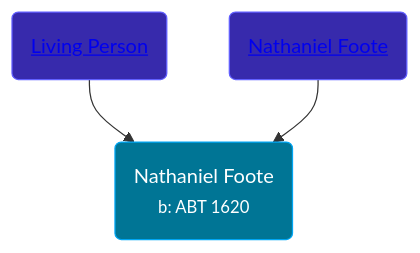
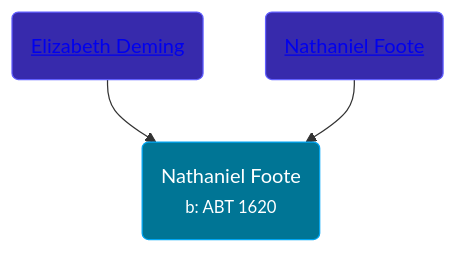
One commit to wpmgotkh/wpmgotkh.github.io changed the diagram in pages/people/4/47283305.md. Above: the diagram before and after it, drawn with Mermaid. The commit also changed other lines of this file and 586 other files, not shown here.

Commit message:
feat: better shouldConsiderPersonLiving algo

````diff
--- a/pages/people/4/47283305.md
+++ b/pages/people/4/47283305.md
@@ -10,9 +10,9 @@
 ```mermaid
 graph
 classDef grands fill:#193cb8,stroke:#2b7fff,stroke-width:1px,color:#fff;
 classDef parents fill:#372aac,stroke:#615fff,stroke-width:1px,color:#fff;
 classDef primary fill:#007595,stroke:#00a6f4,stroke-width:1px,color:#fff;
 47283305(Nathaniel Foote<br /><small>b: ABT 1620</small>):::primary
-77201280(<a class="text-white" href="/people/7/77201280">Living Person</a>):::parents-->47283305
+77201280(<a class="text-white" href="/people/7/77201280">Elizabeth Deming</a>):::parents-->47283305
 64098820(<a class="text-white" href="/people/6/64098820">Nathaniel Foote</a>):::parents-->47283305
 ```
````
